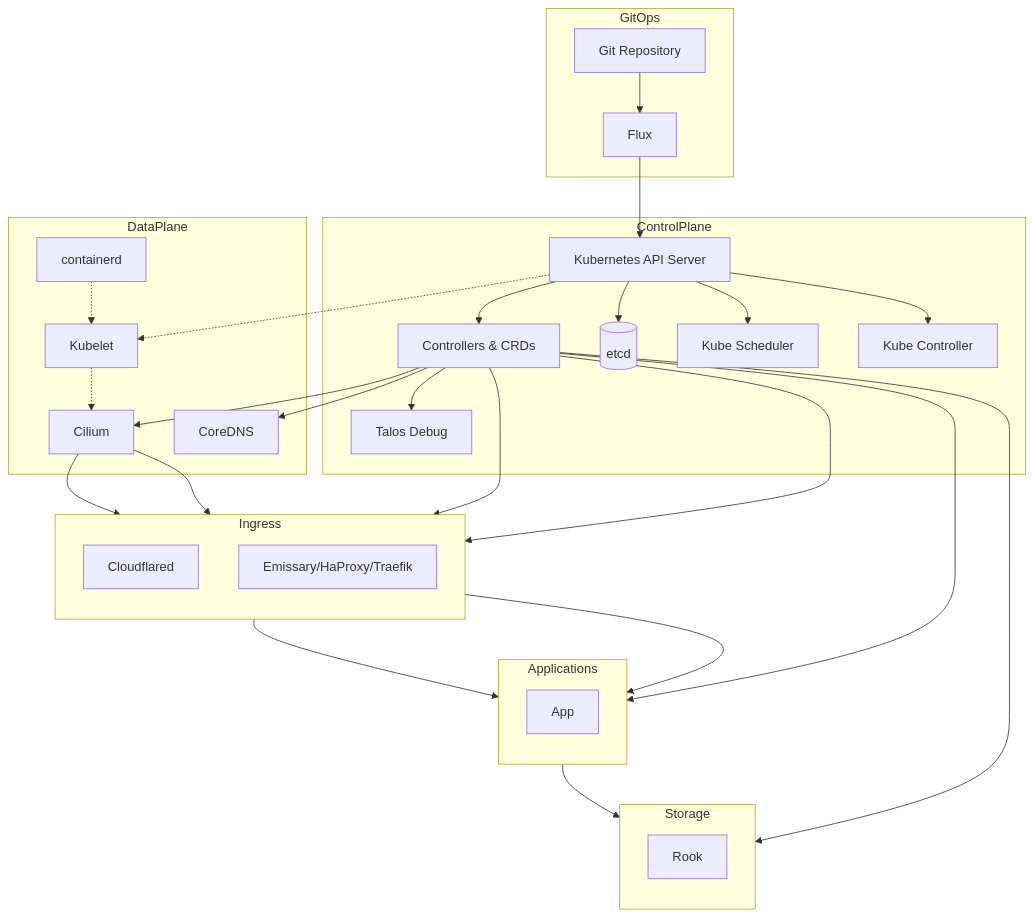
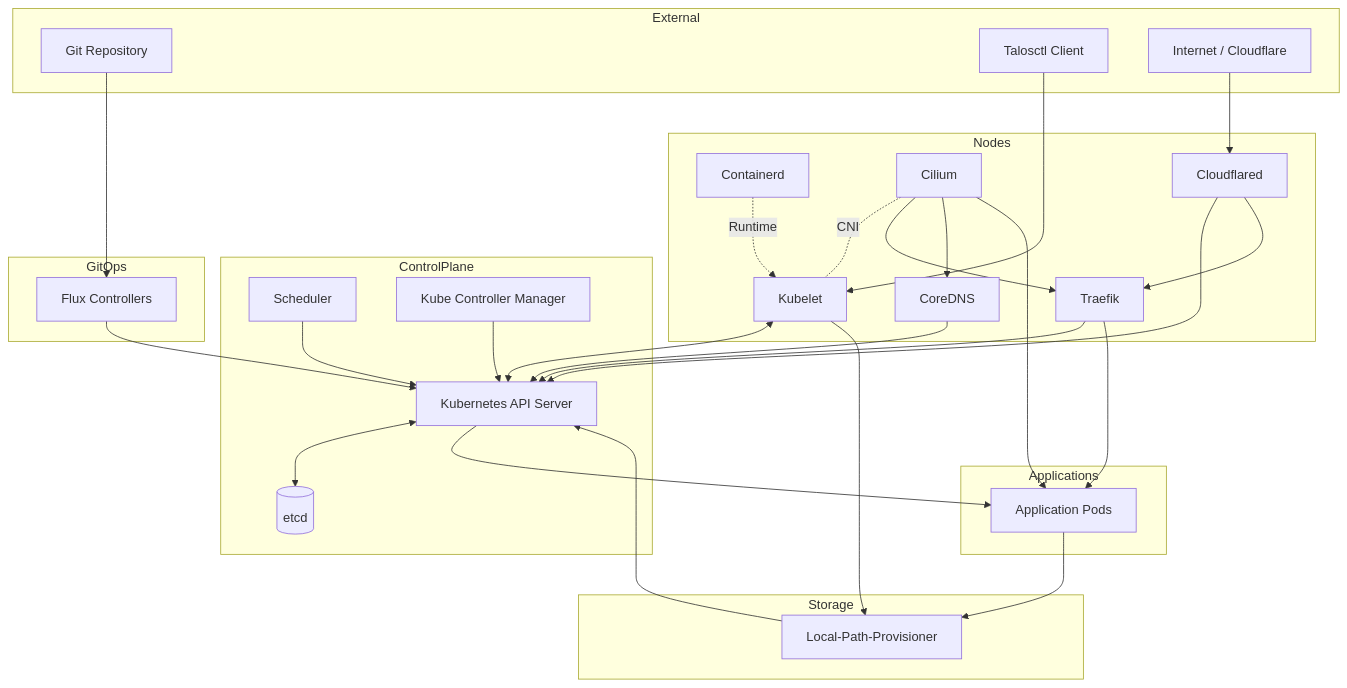
Before and after one commit to 0x4272616E646F6E/homelab: the diagram in README.md, drawn with Mermaid. The commit also changed other lines of this file, not shown here.

Commit message:
updated readme and diagram.

````diff
--- a/README.md
+++ b/README.md
@@ -39,50 +39,71 @@
 ```mermaid
 flowchart TD
-    subgraph GitOps
-        G1[Git Repository]
-        G2[Flux]
-        G1 --> G2
-    end
+  %% External
+  subgraph External
+    GIT[Git Repository]
+    USER[Talosctl Client]
+    NET[Internet / Cloudflare]
+  end
 
-    subgraph ControlPlane
-        G2 --> C1[Kubernetes API Server]
-        C1 --> C2[Controllers & CRDs]
-        C1 --> C3[(etcd)]
-        C1 --> C4[Kube Scheduler]
-        C1 --> C5[Kube Controller]
-        C2 --> C6[Talos Debug]
-    end
+  %% Control Plane
+  subgraph ControlPlane
+    APIS[Kubernetes API Server]
+    ETCD[(etcd)]
+    SCHED[Scheduler]
+    KCM[Kube Controller Manager]
+  end
 
+  APIS <--> ETCD
+  SCHED --> APIS
+  KCM --> APIS
 
-    subgraph DataPlane
-        C2 --> D1[Cilium]
-        C2 --> D2[CoreDNS]
-        %% Node-level components
-        D3[Kubelet] -.-> D1
-        C1 -.-> D3[Kubelet]
-        D4[containerd] -.-> D3
-    end
+  %% GitOps (runs in cluster)
+  subgraph GitOps
+    FLUX[Flux Controllers]
+  end
 
+  GIT --> FLUX
+  FLUX --> APIS
 
-    subgraph Ingress
-        direction TB
-        C2 --> I1[Cloudflared]
-        C2 --> I2[Emissary/HaProxy/Traefik]
-        D1 --> I1[Cloudflared]
-        D1 --> I2[Emissary/HaProxy/Traefik]
-    end
+  %% Nodes / Data Plane
+  subgraph Nodes
+    KUBE[Kubelet]
+    CRI[Containerd]
+    CIL[Cilium]
+    DNS[CoreDNS]
+    TRF[Traefik]
+    CFD[Cloudflared]
+  end
 
-    subgraph Applications
-        direction TB
-        C2 --> A1[App]
-         I1 --> A1[App]
-         I2 --> A1[App]
-    end
+  KUBE <--> APIS
+  CRI -. Runtime .-> KUBE
+  CIL -. CNI .- KUBE
+  DNS --> APIS
+  TRF --> APIS
+  CFD --> APIS
+  NET --> CFD
+  CFD --> TRF
+  CIL --> TRF
+  CIL --> DNS
 
-    subgraph Storage
-        direction TB
-        C2 --> S1[Rook]
-        A1 --> S1[Rook]
-    end
+  %% Storage
+  subgraph Storage
+    LPP[Local-Path-Provisioner]
+  end
 
+  LPP --> APIS
+  KUBE --> LPP
+
+  %% Applications
+  subgraph Applications
+    APP[Application Pods]
+  end
+
+  APIS --> APP
+  CIL --> APP
+  TRF --> APP
+  APP --> LPP
+
+  %% Talos management
+  USER --> KUBE
 ```
````
